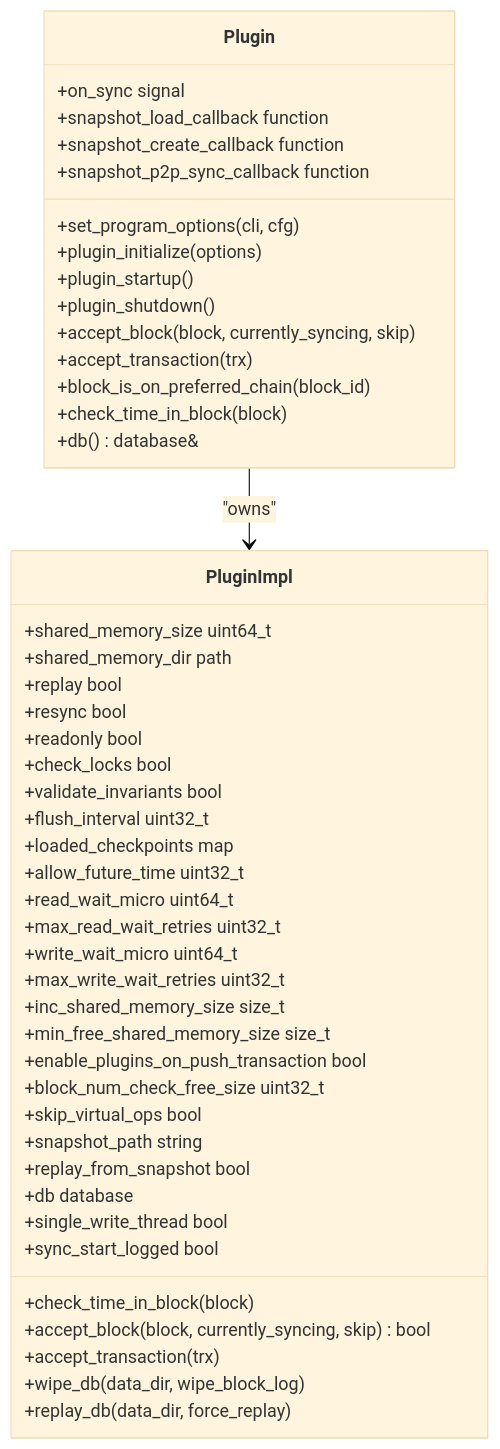
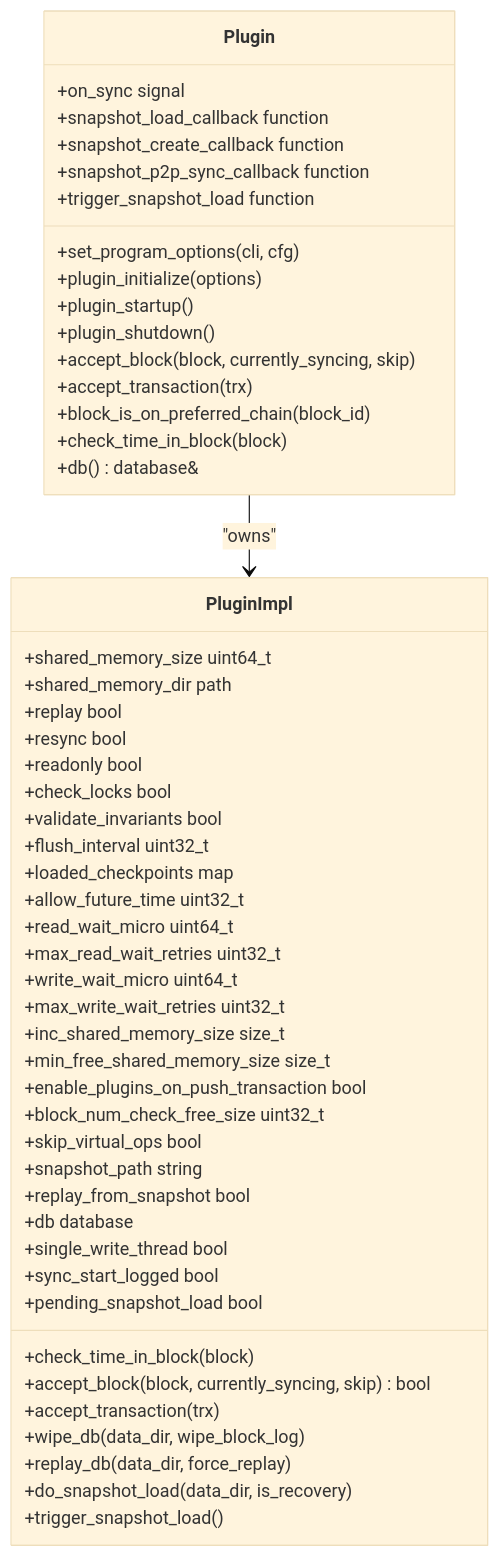
Before and after one commit to VIZ-Blockchain/viz-cpp-node: the third of 9 diagrams in .qoder/repowiki/en/content/Chain Plugin.md, drawn with Mermaid (base theme). The commit also changed other lines of this file and 4 other files, not shown here.

````diff
--- a/.qoder/repowiki/en/content/Chain Plugin.md
+++ b/.qoder/repowiki/en/content/Chain Plugin.md
@@ -146,50 +156,54 @@
 ```mermaid
 classDiagram
 class Plugin {
 +set_program_options(cli, cfg)
 +plugin_initialize(options)
 +plugin_startup()
 +plugin_shutdown()
 +accept_block(block, currently_syncing, skip)
 +accept_transaction(trx)
 +block_is_on_preferred_chain(block_id)
 +check_time_in_block(block)
 +db() database&
 +on_sync signal
 +snapshot_load_callback function
 +snapshot_create_callback function
 +snapshot_p2p_sync_callback function
++trigger_snapshot_load function
 }
 class PluginImpl {
 +shared_memory_size uint64_t
 +shared_memory_dir path
 +replay bool
 +resync bool
 +readonly bool
 +check_locks bool
 +validate_invariants bool
 +flush_interval uint32_t
 +loaded_checkpoints map
 +allow_future_time uint32_t
 +read_wait_micro uint64_t
 +max_read_wait_retries uint32_t
 +write_wait_micro uint64_t
 +max_write_wait_retries uint32_t
 +inc_shared_memory_size size_t
 +min_free_shared_memory_size size_t
 +enable_plugins_on_push_transaction bool
 +block_num_check_free_size uint32_t
 +skip_virtual_ops bool
 +snapshot_path string
 +replay_from_snapshot bool
 +db database
 +single_write_thread bool
 +sync_start_logged bool
++pending_snapshot_load bool
 +check_time_in_block(block)
 +accept_block(block, currently_syncing, skip) bool
 +accept_transaction(trx)
 +wipe_db(data_dir, wipe_block_log)
 +replay_db(data_dir, force_replay)
++do_snapshot_load(data_dir, is_recovery)
++trigger_snapshot_load()
 }
 Plugin --> PluginImpl : "owns"
 ```
````
